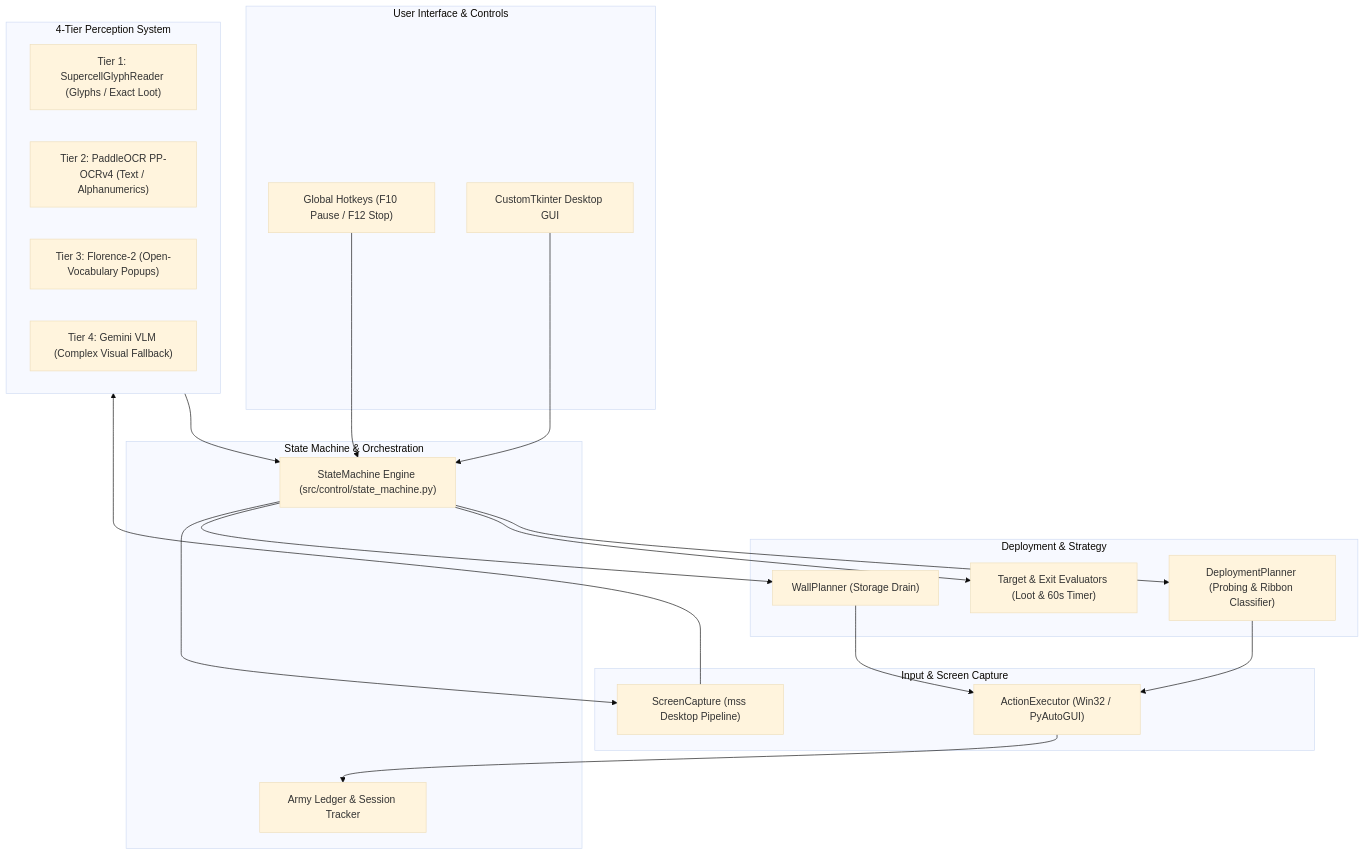
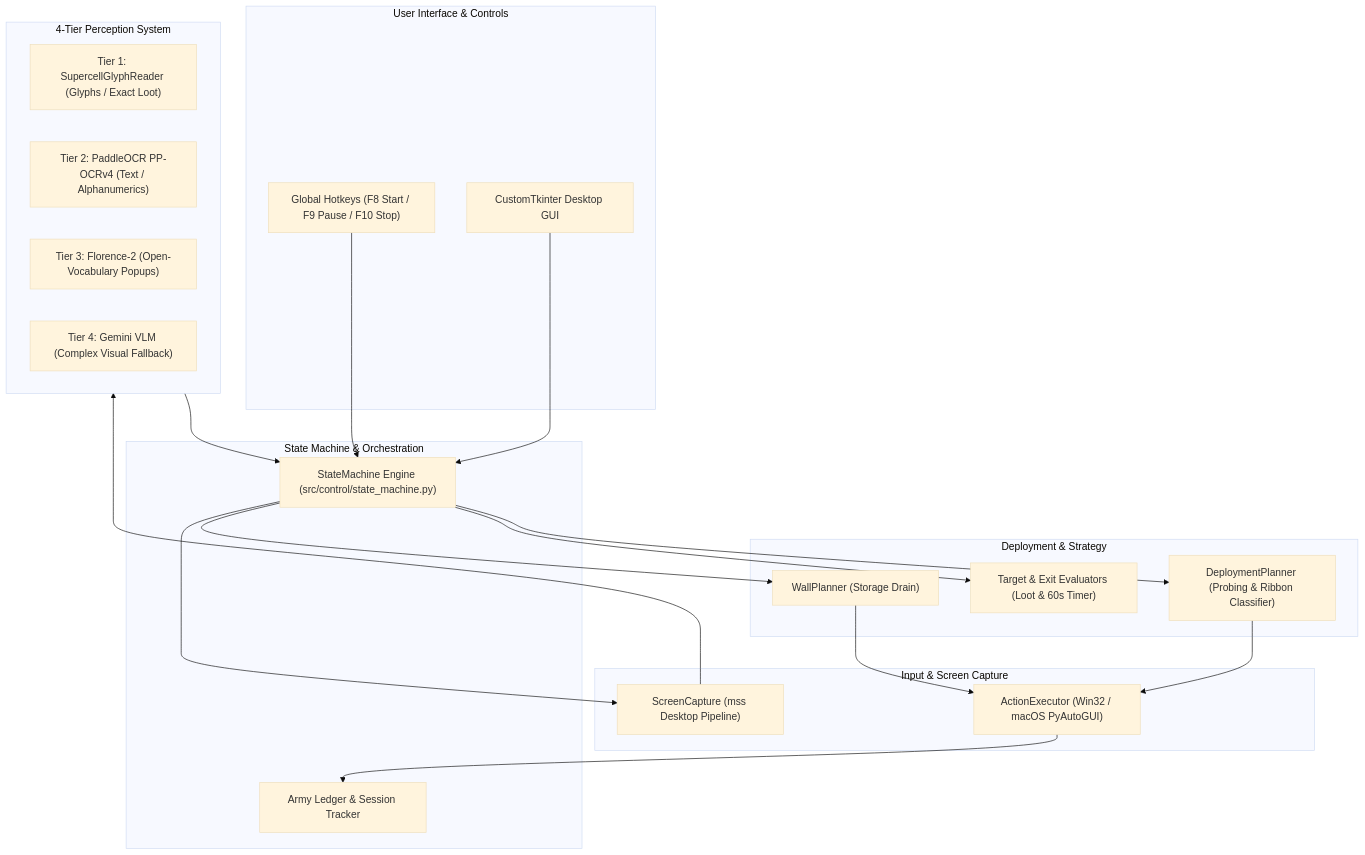
Before and after one commit to guyteche7-cmd/coc-farming-controller: the diagram in README.md, drawn with Mermaid (base theme). The commit also changed other lines of this file and 12 other files, not shown here.

````diff
--- a/README.md
+++ b/README.md
@@ -55,42 +55,42 @@
 ```mermaid
 flowchart TD
     subgraph UI ["User Interface & Controls"]
         GUI["CustomTkinter Desktop GUI"]
-        Hotkeys["Global Hotkeys (F10 Pause / F12 Stop)"]
+        Hotkeys["Global Hotkeys (F8 Start / F9 Pause / F10 Stop)"]
     end
 
     subgraph StateMachine ["State Machine & Orchestration"]
         SM["StateMachine Engine (src/control/state_machine.py)"]
         Ledger["Army Ledger & Session Tracker"]
     end
 
     subgraph Perception ["4-Tier Perception System"]
         T1["Tier 1: SupercellGlyphReader (Glyphs / Exact Loot)"]
         T2["Tier 2: PaddleOCR PP-OCRv4 (Text / Alphanumerics)"]
         T3["Tier 3: Florence-2 (Open-Vocabulary Popups)"]
         T4["Tier 4: Gemini VLM (Complex Visual Fallback)"]
     end
 
     subgraph Planning ["Deployment & Strategy"]
         Planner["DeploymentPlanner (Probing & Ribbon Classifier)"]
         Evaluator["Target & Exit Evaluators (Loot & 60s Timer)"]
         WallPlan["WallPlanner (Storage Drain)"]
     end
 
     subgraph Execution ["Input & Screen Capture"]
         Cap["ScreenCapture (mss Desktop Pipeline)"]
-        Exec["ActionExecutor (Win32 / PyAutoGUI)"]
+        Exec["ActionExecutor (Win32 / macOS PyAutoGUI)"]
     end
 
     GUI --> SM
     Hotkeys --> SM
     SM --> Cap
     Cap --> Perception
     Perception --> SM
     SM --> Evaluator
     SM --> Planner
     SM --> WallPlan
     Planner --> Exec
     WallPlan --> Exec
     Exec --> Ledger
 ```
````
